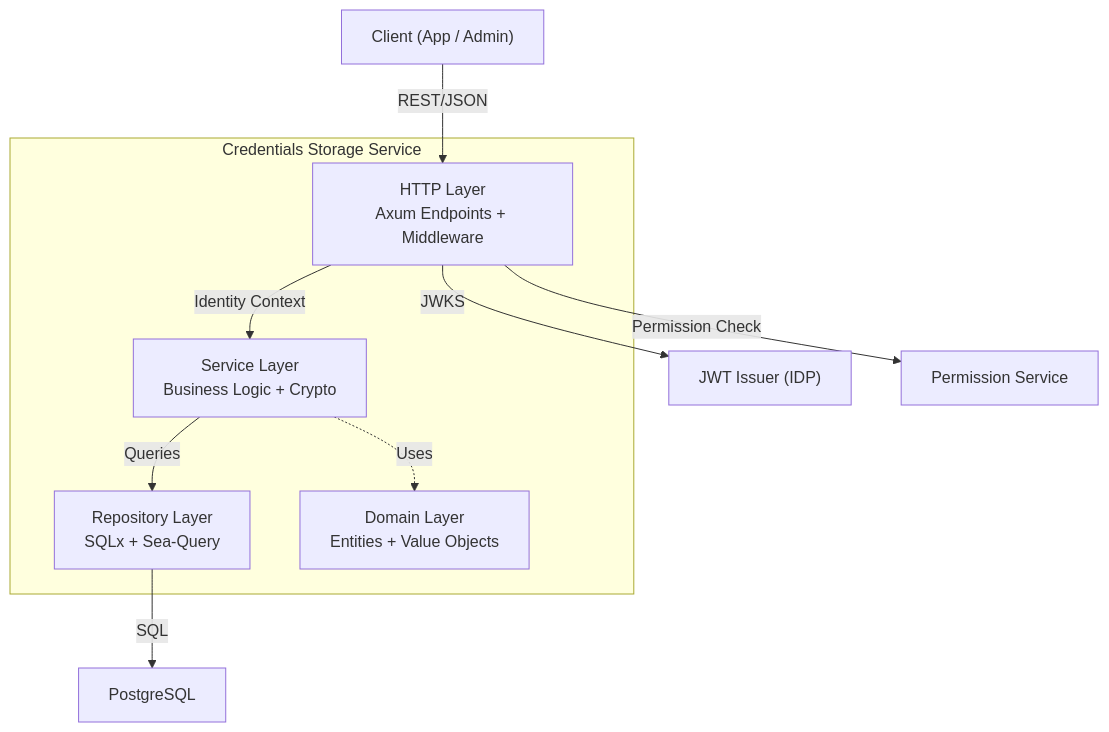
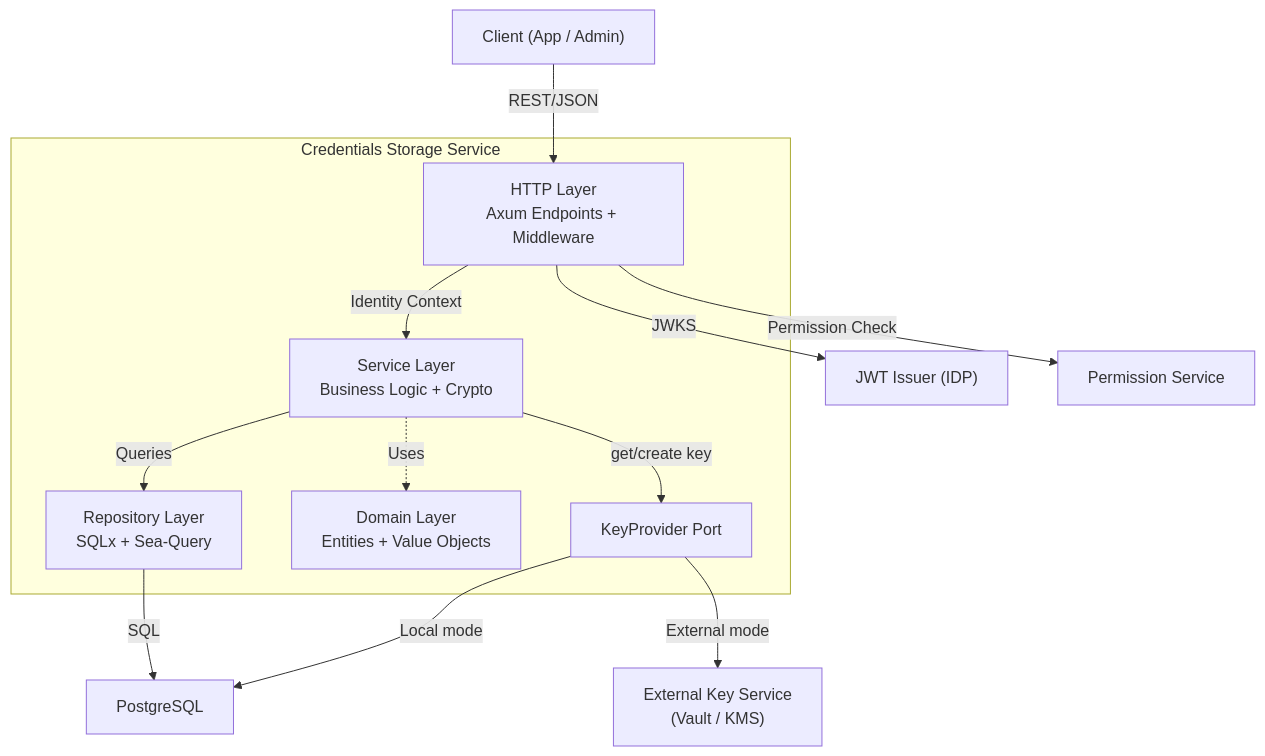
The first of 4 diagrams in modules/credstore/docs/plugins/credentials-storage/DESIGN.md (nullhypothesic/cyberfabric-core), drawn with Mermaid before and after one commit. The commit also changed other lines of this file and 1 other file, not shown here.

Commit message:
docs: key provider in credstorage

````diff
--- a/modules/credstore/docs/plugins/credentials-storage/DESIGN.md
+++ b/modules/credstore/docs/plugins/credentials-storage/DESIGN.md
@@ -77,23 +82,28 @@
 ```mermaid
 graph TB
     Client["Client (App / Admin)"]
 
     subgraph "Credentials Storage Service"
         HTTP["HTTP Layer<br/>Axum Endpoints + Middleware"]
         SVC["Service Layer<br/>Business Logic + Crypto"]
         REPO["Repository Layer<br/>SQLx + Sea-Query"]
         DOM["Domain Layer<br/>Entities + Value Objects"]
+        KP["KeyProvider Port"]
     end
 
     PG["PostgreSQL"]
     IDP["JWT Issuer (IDP)"]
     PERM["Permission Service"]
+    EXT_KMS["External Key Service<br/>(Vault / KMS)"]
 
     Client -->|"REST/JSON"| HTTP
     HTTP -->|"Identity Context"| SVC
     SVC -->|"Queries"| REPO
+    SVC -->|"get/create key"| KP
     SVC -.->|"Uses"| DOM
     REPO -->|"SQL"| PG
+    KP -->|"Local mode"| PG
+    KP -->|"External mode"| EXT_KMS
     HTTP -->|"JWKS"| IDP
     HTTP -->|"Permission Check"| PERM
 ```
````
